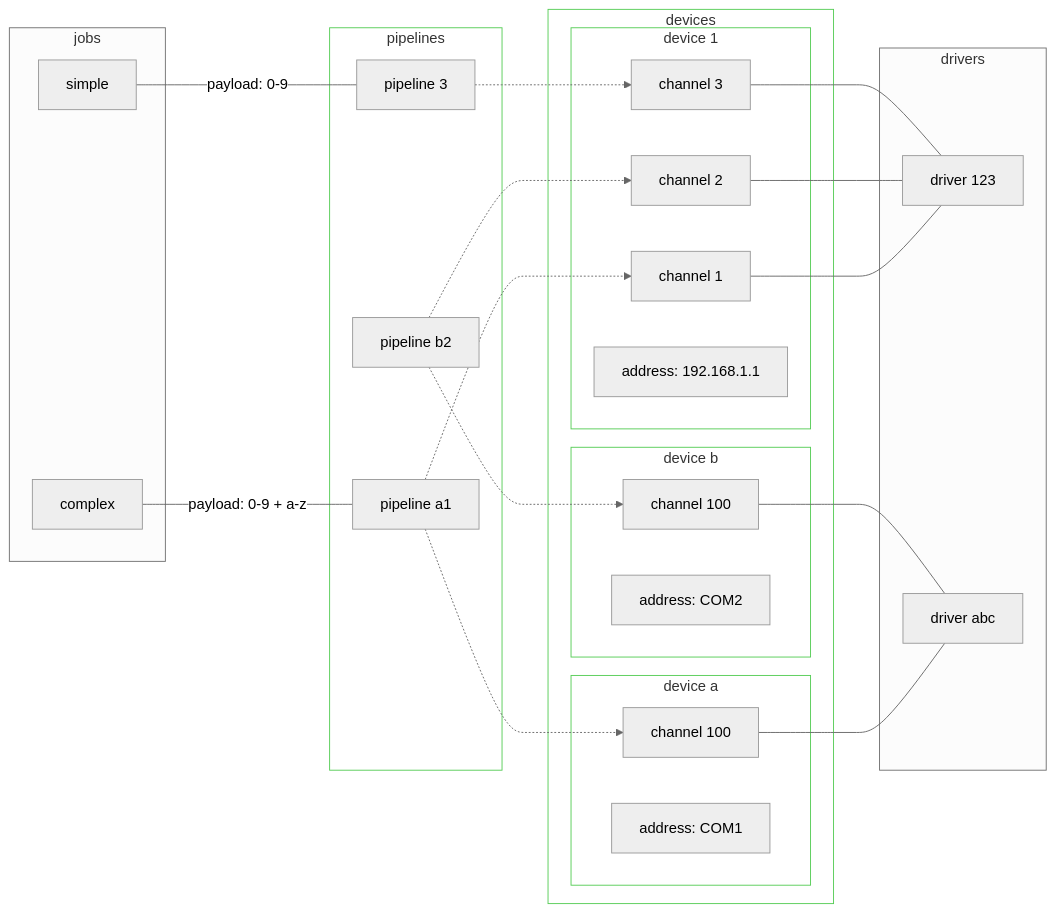
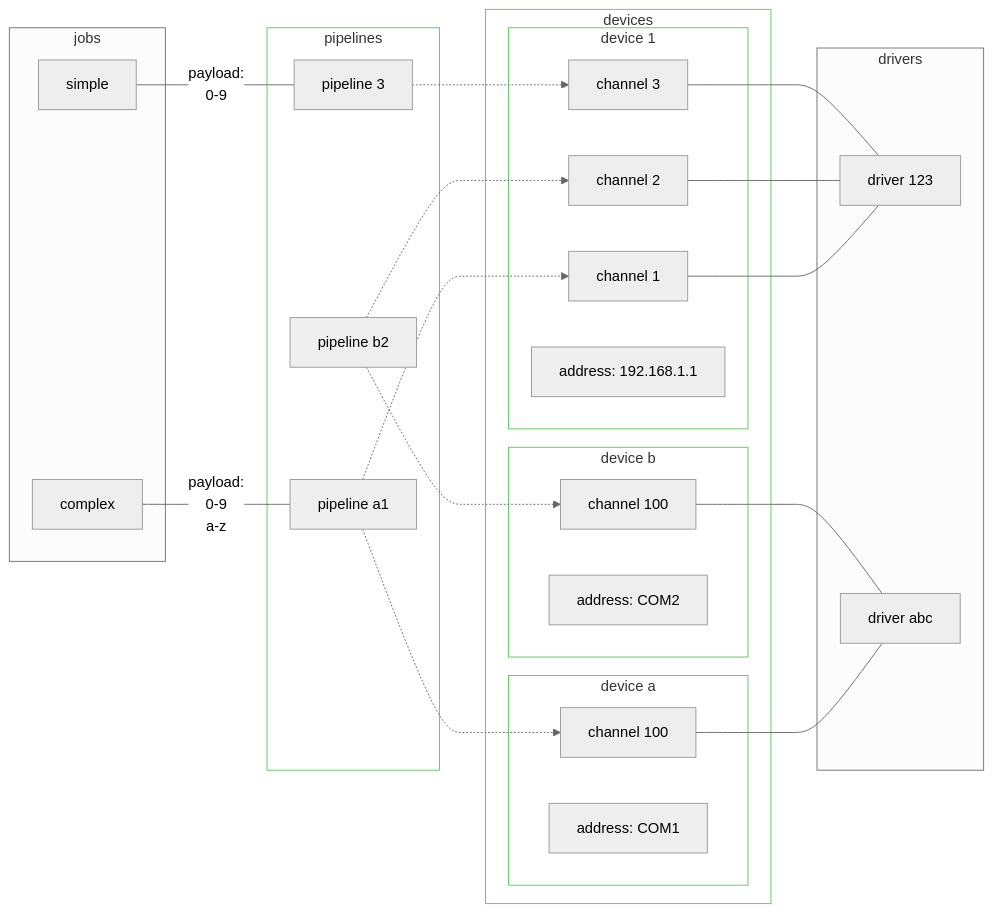
The diagram in docs/source/quickstart.rst (dgbowl/tomato), drawn with Mermaid (neutral theme) before and after one commit. The commit also changed 2 other files, not shown here.

Commit message:
More docs.

```diff
--- a/docs/source/quickstart.rst
+++ b/docs/source/quickstart.rst
@@ -56,67 +56,67 @@
 .. mermaid::
     :caption: Diagram of **tomato** concepts.
 
     flowchart LR
 
       c1 --- drv1[driver 123]
       c2 --- drv1
       c3 --- drv1
 
       a100 --- drv2[driver abc]
       b100 --- drv2
 
       subgraph d1[device 1]
           ip1[address: 192.168.1.1]
           c1[channel 1]
           c2[channel 2]
           c3[channel 3]
       end
 
       subgraph a[device a]
           com1[address: COM1]
           a100[channel 100]
       end
 
       subgraph b[device b]
           com2[address: COM2]
           b100[channel 100]
       end
 
       subgraph pipelines
           pip1
           pip2
           pip3
       end
 
       pipelines:::config
 
       subgraph drivers
           drv1
           drv2
       end
 
       subgraph devices
           d1:::config
           a:::config
           b:::config
       end
 
       devices:::config
 
       subgraph jobs
           j1
           j2
       end
 
-      j1[complex] --- |payload: 0-9 + a-z| pip1
-      j2[simple] --- |payload: 0-9| pip3
+      j1[complex] --- |payload:<br/>0-9<br/>a-z| pip1
+      j2[simple] --- |payload:<br/>0-9| pip3
 
       pip1[pipeline a1] -.-> c1
       pip1[pipeline a1] -.-> a100
 
       pip2[pipeline b2] -.-> c2
       pip2[pipeline b2] -.-> b100
 
       pip3[pipeline 3] -.-> c3
 
       classDef config fill:#fff,stroke:#5c5
```
